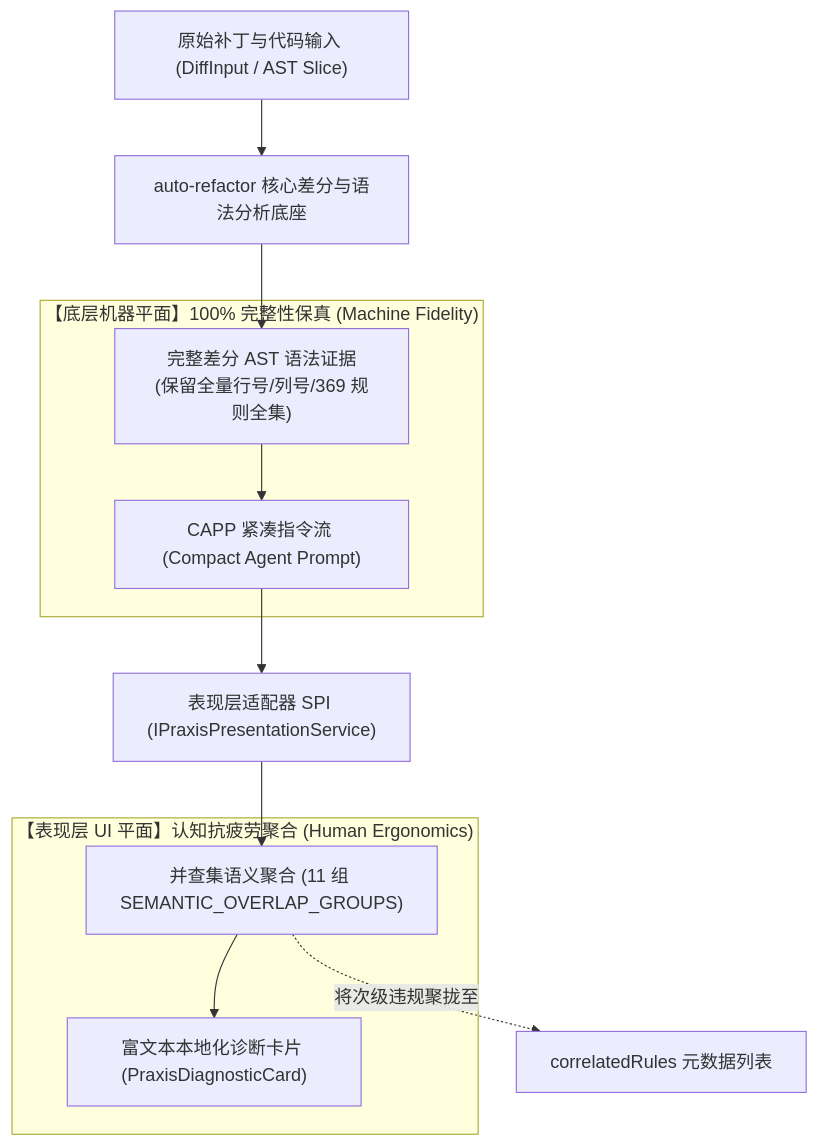
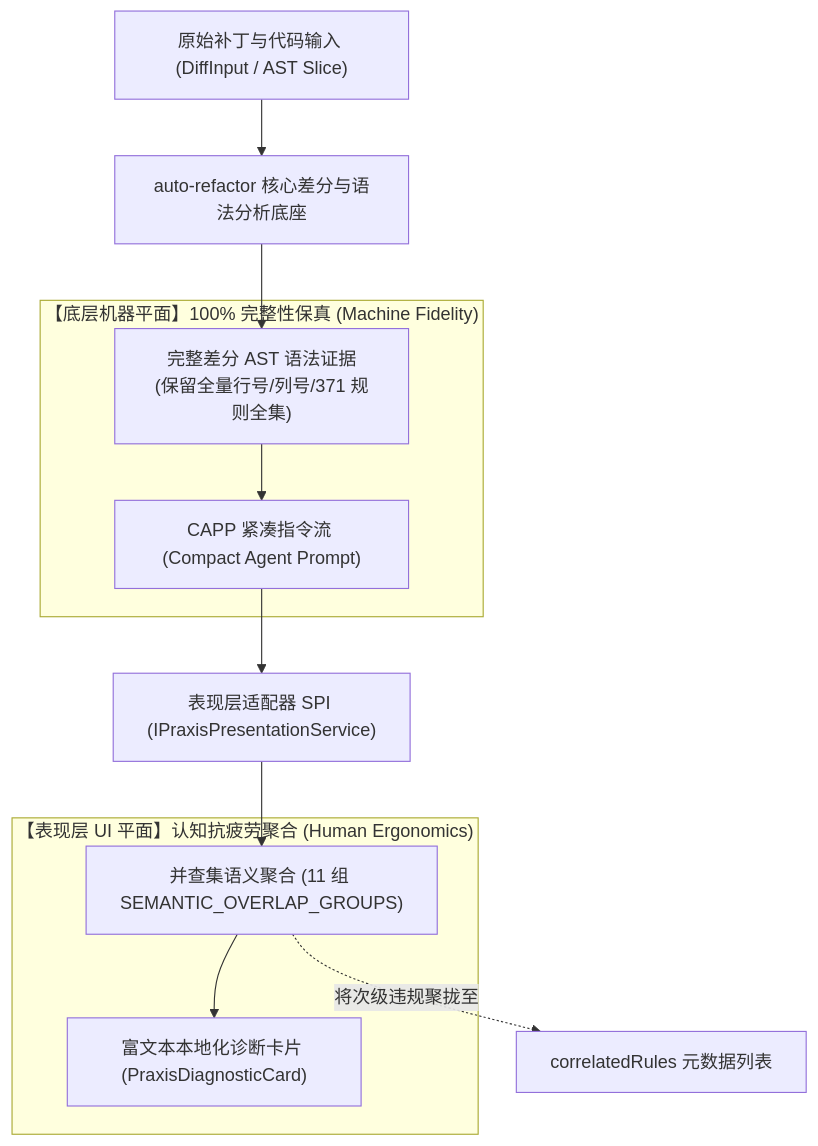
One commit to guilingzhouyi-creator/vscode-extensions changed the first of 2 diagrams in auto-refactor/docs/06-praxis-delivery/01-praxis-architecture-and-spi-contracts.md. Above: the diagram before and after it, drawn with Mermaid. The commit also changed 49 other files, not shown here.

````diff
--- a/auto-refactor/docs/06-praxis-delivery/01-praxis-architecture-and-spi-contracts.md
+++ b/auto-refactor/docs/06-praxis-delivery/01-praxis-architecture-and-spi-contracts.md
@@ -14,21 +14,21 @@
 ```mermaid
 flowchart TD
     DIFF["原始补丁与代码输入 (DiffInput / AST Slice)"] --> CORE["auto-refactor 核心差分与语法分析底座"]
     
     subgraph MachinePlane["【底层机器平面】100% 完整性保真 (Machine Fidelity)"]
-        AST_COMPLETE["完整差分 AST 语法证据<br/>(保留全量行号/列号/369 规则全集)"]
+        AST_COMPLETE["完整差分 AST 语法证据<br/>(保留全量行号/列号/371 规则全集)"]
         CAPP["CAPP 紧凑指令流 (Compact Agent Prompt)"]
     end
     
     subgraph HumanPlane["【表现层 UI 平面】认知抗疲劳聚合 (Human Ergonomics)"]
         UNION_FIND["并查集语义聚合 (11 组 SEMANTIC_OVERLAP_GROUPS)"]
         CARDS["富文本本地化诊断卡片 (PraxisDiagnosticCard)"]
     end
     
     CORE --> AST_COMPLETE
     AST_COMPLETE --> CAPP
     CAPP --> IPres["表现层适配器 SPI (IPraxisPresentationService)"]
     IPres --> UNION_FIND
     UNION_FIND --> CARDS
     UNION_FIND -.->|将次级违规聚拢至| META["correlatedRules 元数据列表"]
 ```
````
